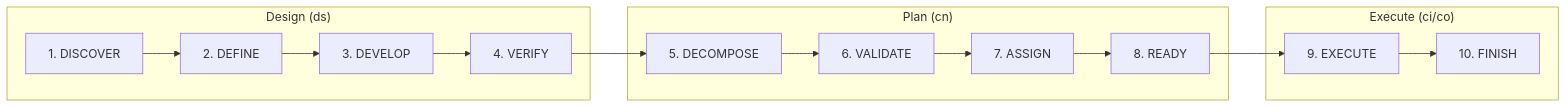
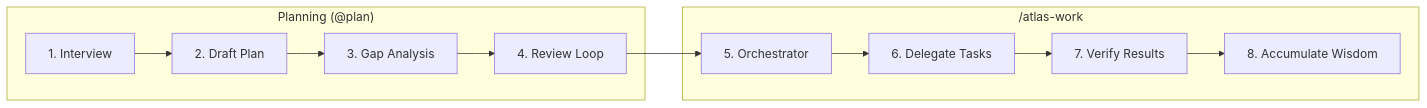
The first of 2 diagrams in TUTORIAL.md (ReinaMacCredy/maestro), drawn with Mermaid before and after one commit. The commit also changed other lines of this file and 5 other files, not shown here.

````diff
--- a/TUTORIAL.md
+++ b/TUTORIAL.md
@@ -103,20 +109,15 @@
 ```mermaid
 flowchart LR
-    subgraph Design ["Design (ds)"]
-        P1["1. DISCOVER"] --> P2["2. DEFINE"]
-        P2 --> P3["3. DEVELOP"]
-        P3 --> P4["4. VERIFY"]
+    subgraph Planning ["Planning (@plan)"]
+        P1["1. Interview"] --> P2["2. Draft Plan"]
+        P2 --> P3["3. Gap Analysis"]
+        P3 --> P4["4. Review Loop"]
     end
-    
-    subgraph Plan ["Plan (cn)"]
-        P4 --> P5["5. DECOMPOSE"]
-        P5 --> P6["6. VALIDATE"]
-        P6 --> P7["7. ASSIGN"]
-        P7 --> P8["8. READY"]
-    end
-    
-    subgraph Execute ["Execute (ci/co)"]
-        P8 --> P9["9. EXECUTE"]
-        P9 --> P10["10. FINISH"]
+
+    subgraph Execution ["/atlas-work"]
+        P4 --> P5["5. Orchestrator"]
+        P5 --> P6["6. Delegate Tasks"]
+        P6 --> P7["7. Verify Results"]
+        P7 --> P8["8. Accumulate Wisdom"]
     end
 ```
````
